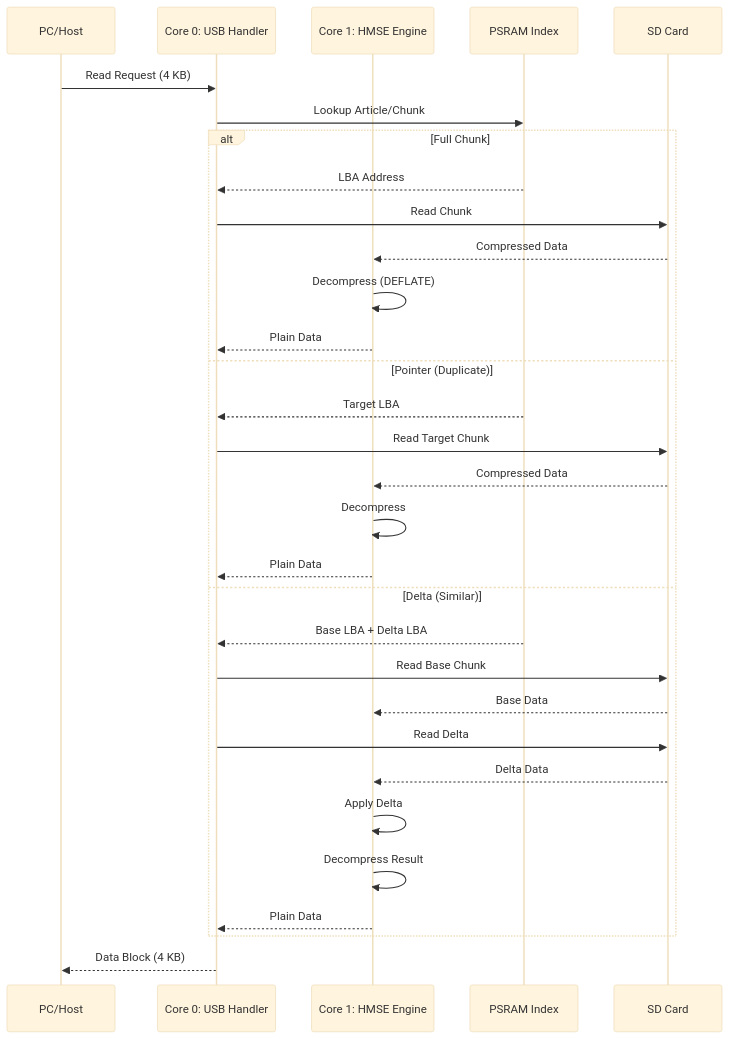
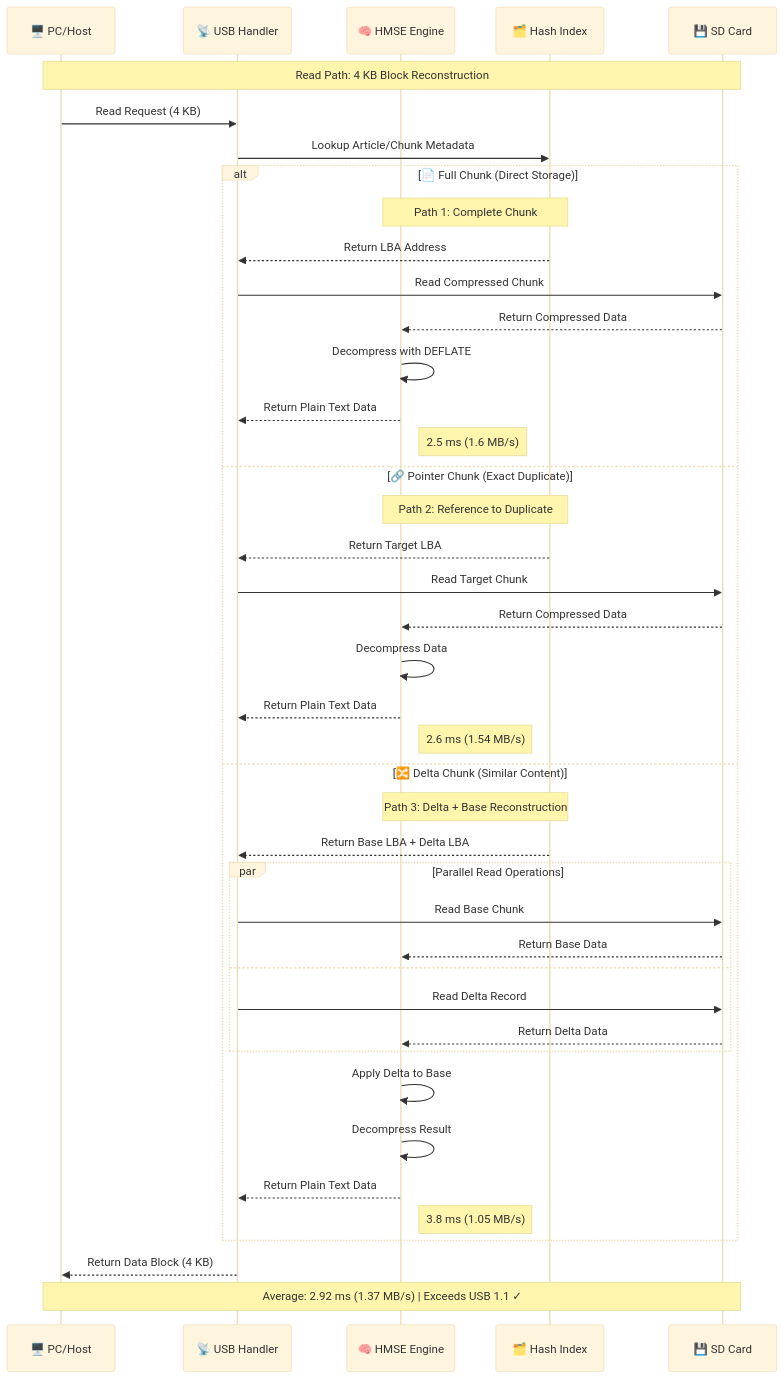
The fifth of 5 diagrams in README.md (1Jamie/HMSE), drawn with Mermaid (base theme) before and after one commit. The commit also changed other lines of this file and 1 other file, not shown here.

````diff
--- a/README.md
+++ b/README.md
@@ -674,36 +954,56 @@
 ```mermaid
 sequenceDiagram
-    participant Host as PC/Host
-    participant USB as Core 0: USB Handler
-    participant Eng as Core 1: HMSE Engine
-    participant Idx as PSRAM Index
-    participant SD as SD Card
+    participant Host as 🖥️ PC/Host
+    participant USB as 📡 USB Handler
+    participant Engine as 🧠 HMSE Engine
+    participant Index as 🗂️ Hash Index
+    participant Storage as 💾 SD Card
 
+    Note over Host,Storage: Read Path: 4 KB Block Reconstruction
+
+    %% Initial Request
     Host->>USB: Read Request (4 KB)
-    USB->>Idx: Lookup Article/Chunk
+    USB->>Index: Lookup Article/Chunk Metadata
     
-    alt Full Chunk
-        Idx-->>USB: LBA Address
-        USB->>SD: Read Chunk
-        SD-->>Eng: Compressed Data
-        Eng->>Eng: Decompress (DEFLATE)
-        Eng-->>USB: Plain Data
-    else Pointer (Duplicate)
-        Idx-->>USB: Target LBA
-        USB->>SD: Read Target Chunk
-        SD-->>Eng: Compressed Data
-        Eng->>Eng: Decompress
-        Eng-->>USB: Plain Data
-    else Delta (Similar)
-        Idx-->>USB: Base LBA + Delta LBA
-        USB->>SD: Read Base Chunk
-        SD-->>Eng: Base Data
-        USB->>SD: Read Delta
-        SD-->>Eng: Delta Data
-        Eng->>Eng: Apply Delta
-        Eng->>Eng: Decompress Result
-        Eng-->>USB: Plain Data
+    %% Three Reconstruction Paths
+    alt 📄 Full Chunk (Direct Storage)
+        Note over Index,Engine: Path 1: Complete Chunk
+        Index-->>USB: Return LBA Address
+        USB->>Storage: Read Compressed Chunk
+        Storage-->>Engine: Return Compressed Data
+        Engine->>Engine: Decompress with DEFLATE
+        Engine-->>USB: Return Plain Text Data
+        Note right of Engine: 2.5 ms (1.6 MB/s)
+        
+    else 🔗 Pointer Chunk (Exact Duplicate)
+        Note over Index,Engine: Path 2: Reference to Duplicate
+        Index-->>USB: Return Target LBA
+        USB->>Storage: Read Target Chunk
+        Storage-->>Engine: Return Compressed Data
+        Engine->>Engine: Decompress Data
+        Engine-->>USB: Return Plain Text Data
+        Note right of Engine: 2.6 ms (1.54 MB/s)
+        
+    else 🔀 Delta Chunk (Similar Content)
+        Note over Index,Engine: Path 3: Delta + Base Reconstruction
+        Index-->>USB: Return Base LBA + Delta LBA
+        
+        par Parallel Read Operations
+            USB->>Storage: Read Base Chunk
+            Storage-->>Engine: Return Base Data
+        and
+            USB->>Storage: Read Delta Record
+            Storage-->>Engine: Return Delta Data
+        end
+        
+        Engine->>Engine: Apply Delta to Base
+        Engine->>Engine: Decompress Result
+        Engine-->>USB: Return Plain Text Data
+        Note right of Engine: 3.8 ms (1.05 MB/s)
     end
     
-    USB-->>Host: Data Block (4 KB)
+    %% Final Response
+    USB-->>Host: Return Data Block (4 KB)
+    
+    Note over Host,Storage: Average: 2.92 ms (1.37 MB/s) | Exceeds USB 1.1 ✓
 ```
````
